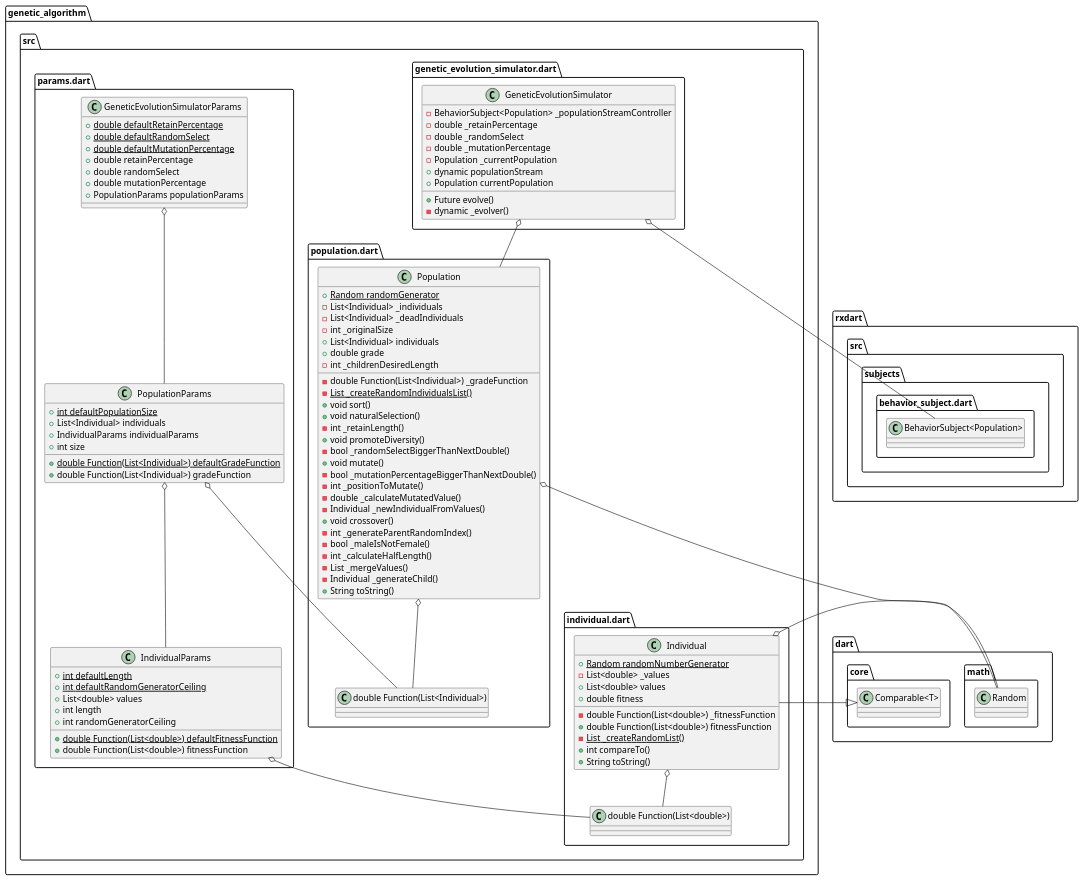
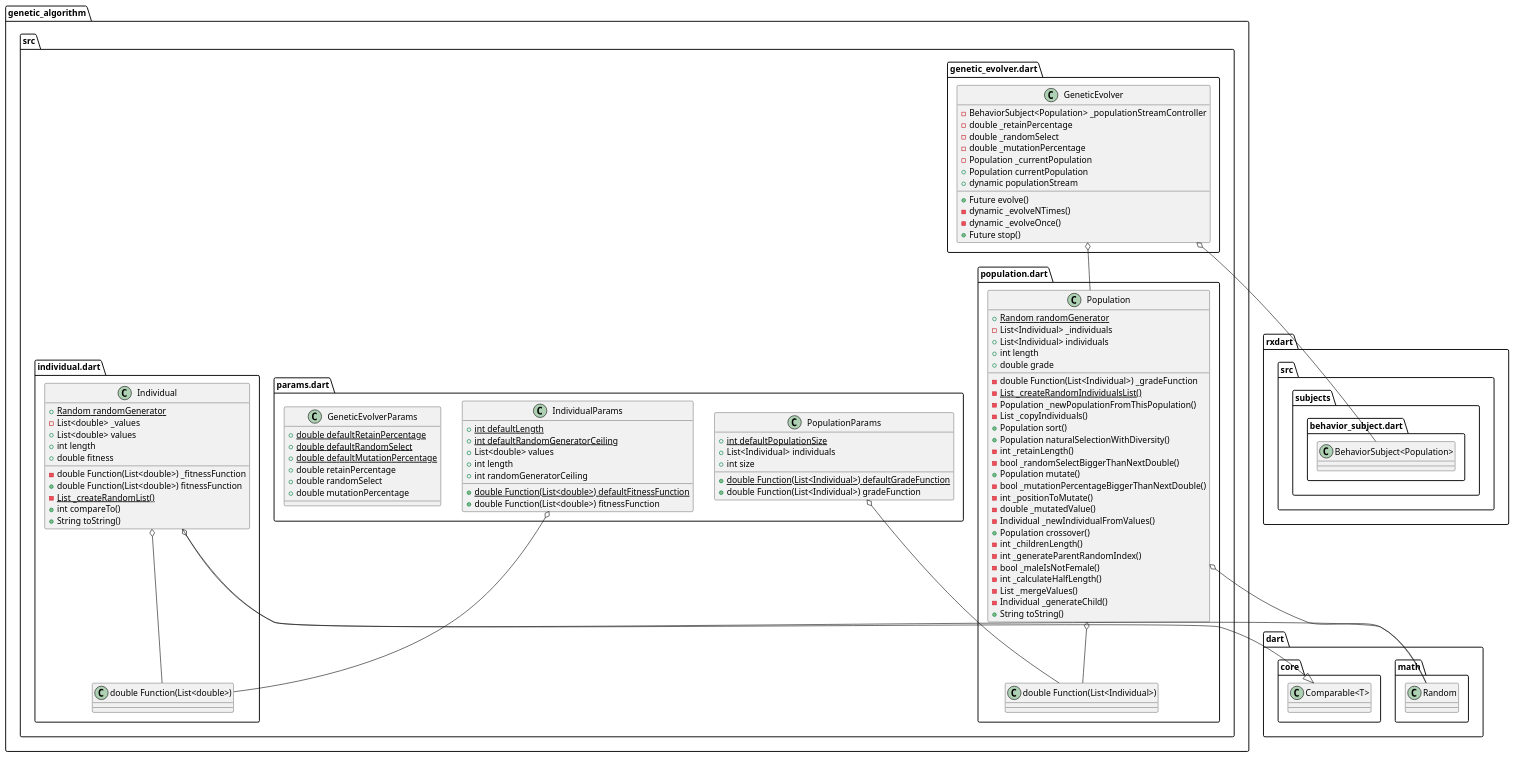
Before and after one commit to psygo/dart_katas: the diagram in katas/genetic_algorithm/genetic_algorithm.puml, drawn with PlantUML.

Commit message:
updated README | updated UML for the genetic algorithm

```diff
--- a/katas/genetic_algorithm/genetic_algorithm.puml
+++ b/katas/genetic_algorithm/genetic_algorithm.puml
@@ -1,104 +1,102 @@
 @startuml genetic_algorithm
 set namespaceSeparator ::
 
-class "genetic_algorithm::src::genetic_evolution_simulator.dart::GeneticEvolutionSimulator" {
+class "genetic_algorithm::src::genetic_evolver.dart::GeneticEvolver" {
   -BehaviorSubject<Population> _populationStreamController
   -double _retainPercentage
   -double _randomSelect
   -double _mutationPercentage
   -Population _currentPopulation
+  +Population currentPopulation
   +dynamic populationStream
-  +Population currentPopulation
   +Future evolve()
-  -dynamic _evolver()
+  -dynamic _evolveNTimes()
+  -dynamic _evolveOnce()
+  +Future stop()
 }
 
-"genetic_algorithm::src::genetic_evolution_simulator.dart::GeneticEvolutionSimulator" o-- "rxdart::src::subjects::behavior_subject.dart::BehaviorSubject<Population>"
-"genetic_algorithm::src::genetic_evolution_simulator.dart::GeneticEvolutionSimulator" o-- "genetic_algorithm::src::population.dart::Population"
+"genetic_algorithm::src::genetic_evolver.dart::GeneticEvolver" o-- "rxdart::src::subjects::behavior_subject.dart::BehaviorSubject<Population>"
+"genetic_algorithm::src::genetic_evolver.dart::GeneticEvolver" o-- "genetic_algorithm::src::population.dart::Population"
 
 class "genetic_algorithm::src::individual.dart::Individual" {
-  {static} +Random randomNumberGenerator
+  {static} +Random randomGenerator
   -List<double> _values
   -double Function(List<double>) _fitnessFunction
   +List<double> values
+  +int length
   +double Function(List<double>) fitnessFunction
   +double fitness
   {static} -List _createRandomList()
   +int compareTo()
   +String toString()
 }
 
 "genetic_algorithm::src::individual.dart::Individual" o-- "dart::math::Random"
 "genetic_algorithm::src::individual.dart::Individual" o-- "genetic_algorithm::src::individual.dart::double Function(List<double>)"
 "dart::core::Comparable<T>" <|-- "genetic_algorithm::src::individual.dart::Individual"
 
 class "genetic_algorithm::src::params.dart::IndividualParams" {
   {static} +double Function(List<double>) defaultFitnessFunction
   {static} +int defaultLength
   {static} +int defaultRandomGeneratorCeiling
   +List<double> values
   +double Function(List<double>) fitnessFunction
   +int length
   +int randomGeneratorCeiling
 }
 
 "genetic_algorithm::src::params.dart::IndividualParams" o-- "genetic_algorithm::src::individual.dart::double Function(List<double>)"
 
 class "genetic_algorithm::src::params.dart::PopulationParams" {
   {static} +double Function(List<Individual>) defaultGradeFunction
   {static} +int defaultPopulationSize
   +List<Individual> individuals
   +double Function(List<Individual>) gradeFunction
-  +IndividualParams individualParams
   +int size
 }
 
 "genetic_algorithm::src::params.dart::PopulationParams" o-- "genetic_algorithm::src::population.dart::double Function(List<Individual>)"
-"genetic_algorithm::src::params.dart::PopulationParams" o-- "genetic_algorithm::src::params.dart::IndividualParams"
 
-class "genetic_algorithm::src::params.dart::GeneticEvolutionSimulatorParams" {
+class "genetic_algorithm::src::params.dart::GeneticEvolverParams" {
   {static} +double defaultRetainPercentage
   {static} +double defaultRandomSelect
   {static} +double defaultMutationPercentage
   +double retainPercentage
   +double randomSelect
   +double mutationPercentage
-  +PopulationParams populationParams
 }
-
-"genetic_algorithm::src::params.dart::GeneticEvolutionSimulatorParams" o-- "genetic_algorithm::src::params.dart::PopulationParams"
 
 class "genetic_algorithm::src::population.dart::Population" {
   {static} +Random randomGenerator
   -double Function(List<Individual>) _gradeFunction
   -List<Individual> _individuals
-  -List<Individual> _deadIndividuals
-  -int _originalSize
   +List<Individual> individuals
+  +int length
   +double grade
-  -int _childrenDesiredLength
   {static} -List _createRandomIndividualsList()
-  +void sort()
-  +void naturalSelection()
+  -Population _newPopulationFromThisPopulation()
+  -List _copyIndividuals()
+  +Population sort()
+  +Population naturalSelectionWithDiversity()
   -int _retainLength()
-  +void promoteDiversity()
   -bool _randomSelectBiggerThanNextDouble()
-  +void mutate()
+  +Population mutate()
   -bool _mutationPercentageBiggerThanNextDouble()
   -int _positionToMutate()
-  -double _calculateMutatedValue()
+  -double _mutatedValue()
   -Individual _newIndividualFromValues()
-  +void crossover()
+  +Population crossover()
+  -int _childrenLength()
   -int _generateParentRandomIndex()
   -bool _maleIsNotFemale()
   -int _calculateHalfLength()
   -List _mergeValues()
   -Individual _generateChild()
   +String toString()
 }
 
 "genetic_algorithm::src::population.dart::Population" o-- "dart::math::Random"
 "genetic_algorithm::src::population.dart::Population" o-- "genetic_algorithm::src::population.dart::double Function(List<Individual>)"
 
 
 @enduml
```
